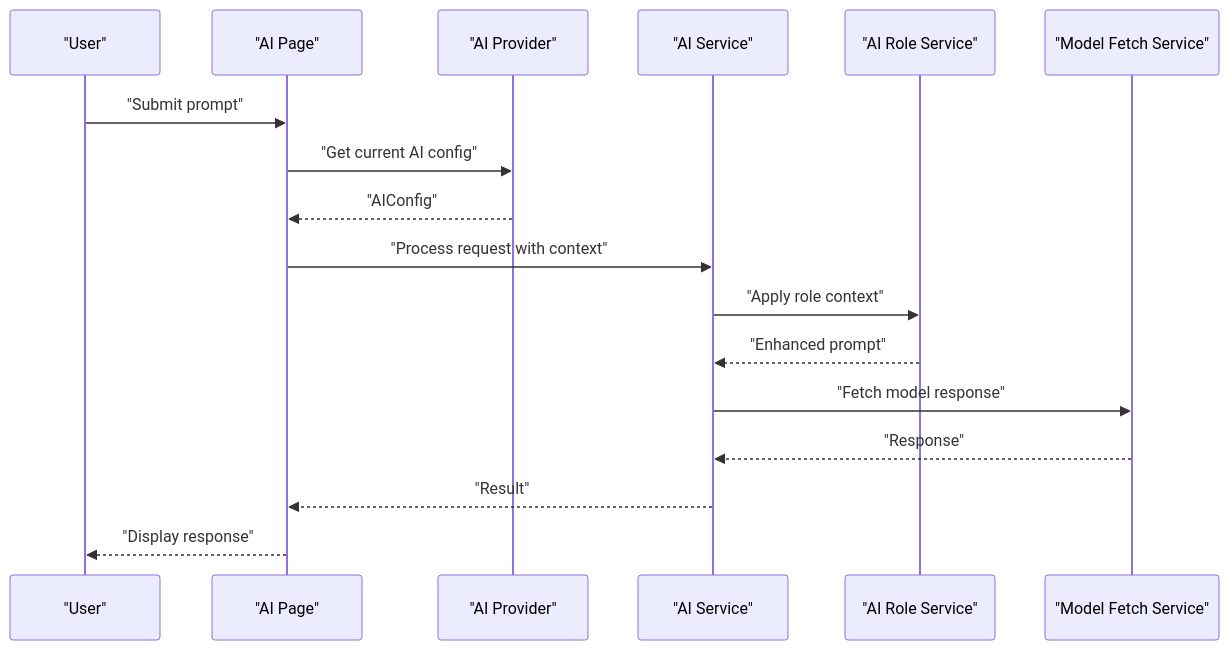
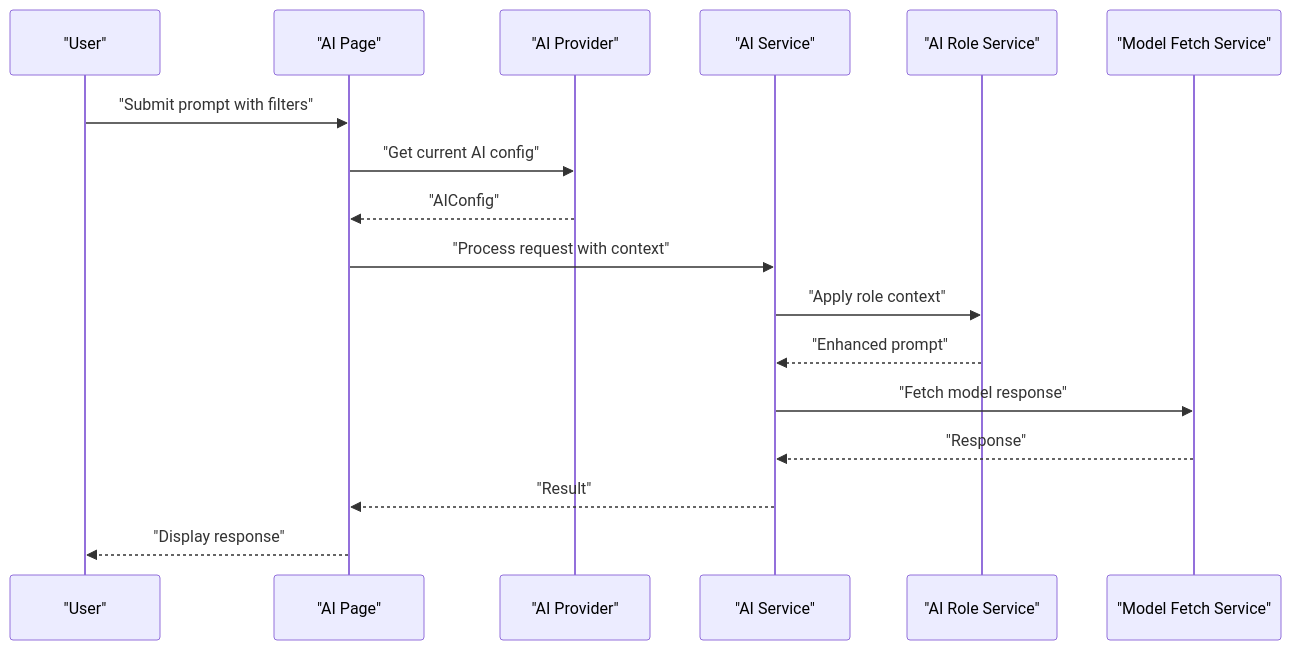
One commit to favoroo/QNote changed the third of 5 diagrams in .qoder/repowiki/en/content/Core Features/AI Integration.md. Above: the diagram before and after it, drawn with Mermaid. The commit also changed other lines of this file and 65 other files, not shown here.

First line of the commit message:
docs: 新增项目文档与配置文件，修复AI提取与热力图问题

````diff
--- a/.qoder/repowiki/en/content/Core Features/AI Integration.md
+++ b/.qoder/repowiki/en/content/Core Features/AI Integration.md
@@ -180,19 +192,19 @@
 ```mermaid
 sequenceDiagram
 participant User as "User"
 participant UI as "AI Page"
 participant Provider as "AI Provider"
 participant Service as "AI Service"
 participant Role as "AI Role Service"
 participant Model as "Model Fetch Service"
-User->>UI : "Submit prompt"
+User->>UI : "Submit prompt with filters"
 UI->>Provider : "Get current AI config"
 Provider-->>UI : "AIConfig"
 UI->>Service : "Process request with context"
 Service->>Role : "Apply role context"
 Role-->>Service : "Enhanced prompt"
 Service->>Model : "Fetch model response"
 Model-->>Service : "Response"
 Service-->>UI : "Result"
 UI-->>User : "Display response"
 ```
````
